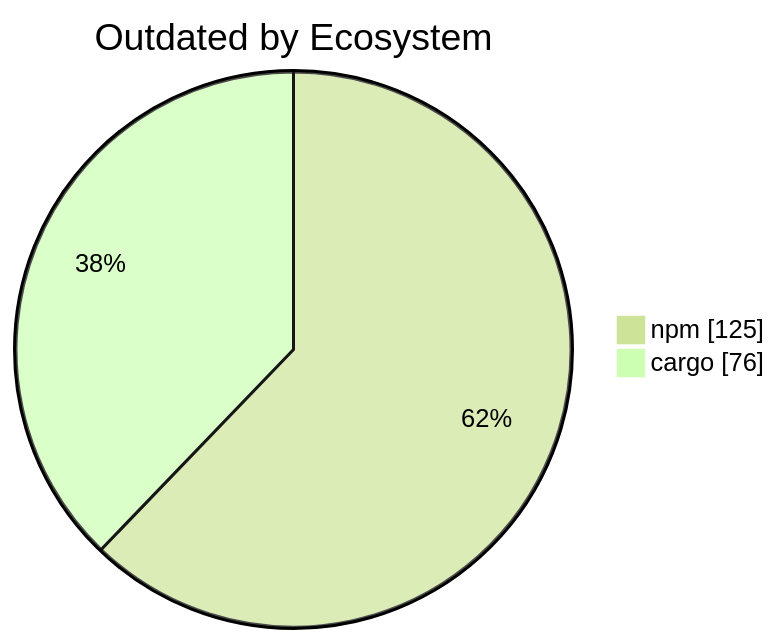
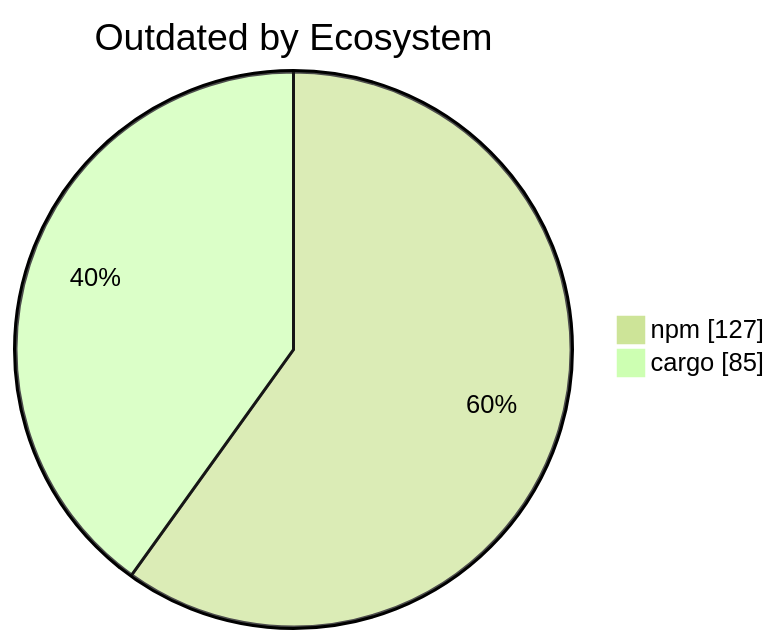
Before and after one commit to KBVE/kbve: the diagram in apps/kbve/astro-kbve/src/content/docs/dashboard/deps.mdx, drawn with Mermaid (forest theme). The commit also changed other lines of this file and 1 other file, not shown here.

````diff
--- a/apps/kbve/astro-kbve/src/content/docs/dashboard/deps.mdx
+++ b/apps/kbve/astro-kbve/src/content/docs/dashboard/deps.mdx
@@ -109,6 +109,6 @@
 ```mermaid
 pie showData
     title Outdated by Ecosystem
-    "npm" : 125
-    "cargo" : 76
+    "npm" : 127
+    "cargo" : 85
 ```
````
